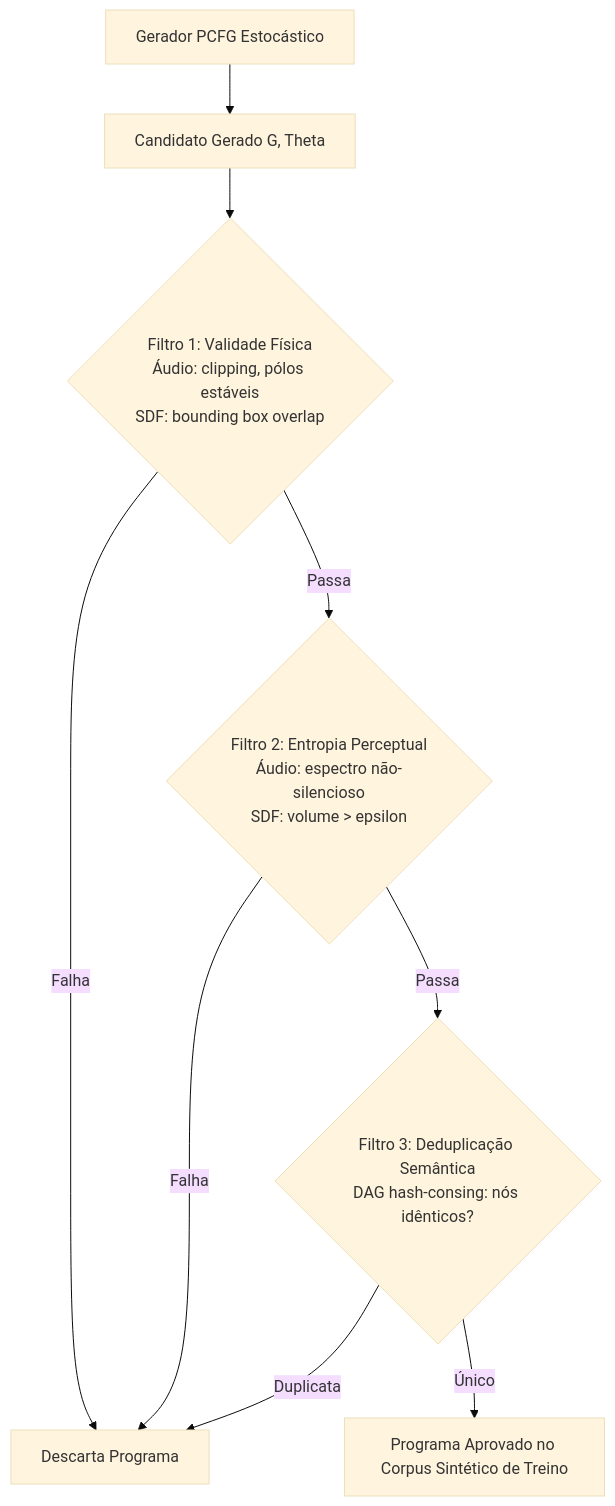
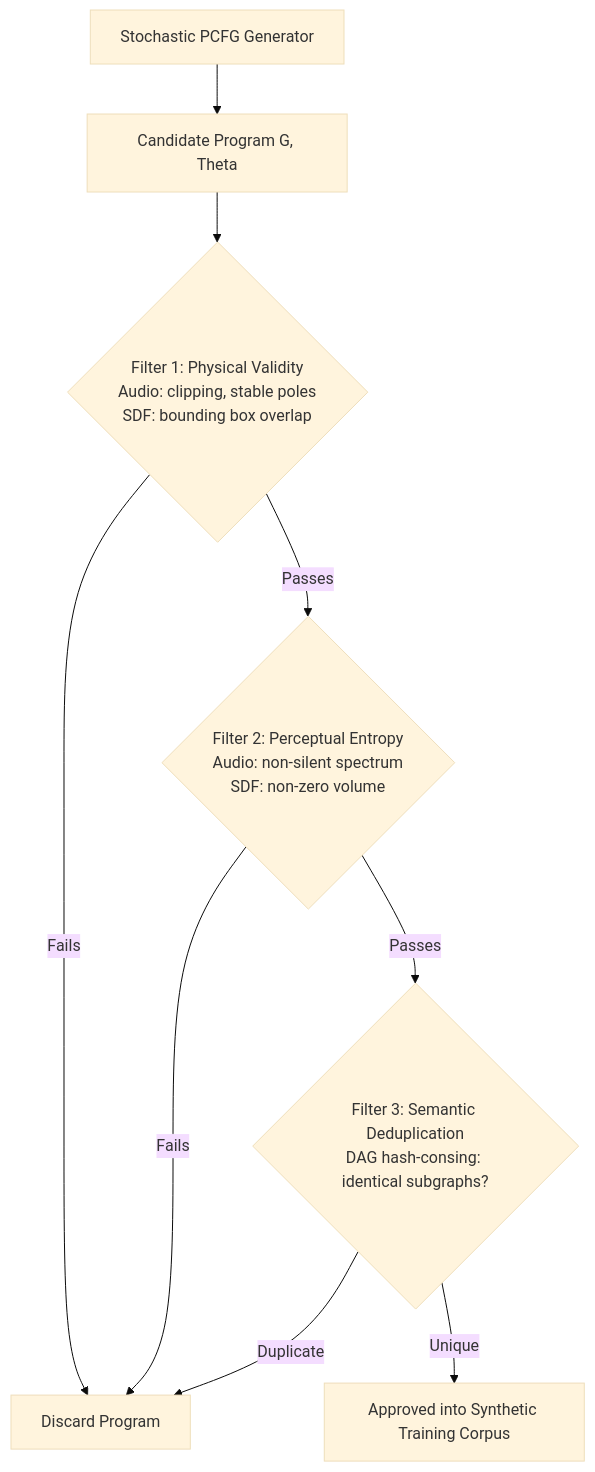
Before and after one commit to racoci/symforge: the fourth of 4 diagrams in docs/architecture/grammar_learning_pcfg_phog_and_ast_extraction.md, drawn with Mermaid (base theme). The commit also changed other lines of this file and 12 other files, not shown here.

Commit message:
docs: translate README and complete architecture documentation to English

````diff
--- a/docs/architecture/grammar_learning_pcfg_phog_and_ast_extraction.md
+++ b/docs/architecture/grammar_learning_pcfg_phog_and_ast_extraction.md
@@ -288,11 +286,11 @@
 ```mermaid
 graph TD
-    GEN[Gerador PCFG Estocástico] --> P[Candidato Gerado G, Theta]
-    P --> F1{Filtro 1: Validade Física<br/>Áudio: clipping, pólos estáveis<br/>SDF: bounding box overlap}
-    F1 -- Falha --> DROP[Descarta Programa]
-    F1 -- Passa --> F2{Filtro 2: Entropia Perceptual<br/>Áudio: espectro não-silencioso<br/>SDF: volume > epsilon}
-    F2 -- Falha --> DROP
-    F2 -- Passa --> F3{Filtro 3: Deduplicação Semântica<br/>DAG hash-consing: nós idênticos?}
-    F3 -- Duplicata --> DROP
-    F3 -- Único --> OK[Programa Aprovado no Corpus Sintético de Treino]
+    GEN[Stochastic PCFG Generator] --> P[Candidate Program G, Theta]
+    P --> F1{Filter 1: Physical Validity<br/>Audio: clipping, stable poles<br/>SDF: bounding box overlap}
+    F1 -- Fails --> DROP[Discard Program]
+    F1 -- Passes --> F2{Filter 2: Perceptual Entropy<br/>Audio: non-silent spectrum<br/>SDF: non-zero volume}
+    F2 -- Fails --> DROP
+    F2 -- Passes --> F3{Filter 3: Semantic Deduplication<br/>DAG hash-consing: identical subgraphs?}
+    F3 -- Duplicate --> DROP
+    F3 -- Unique --> OK[Approved into Synthetic Training Corpus]
 ```
````
